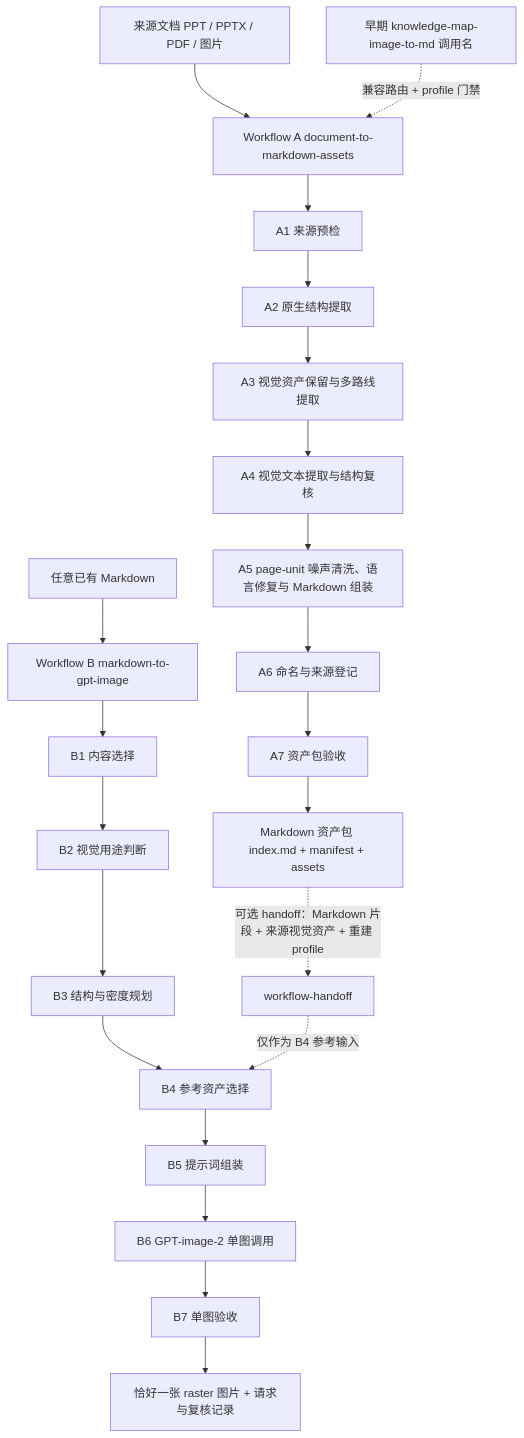
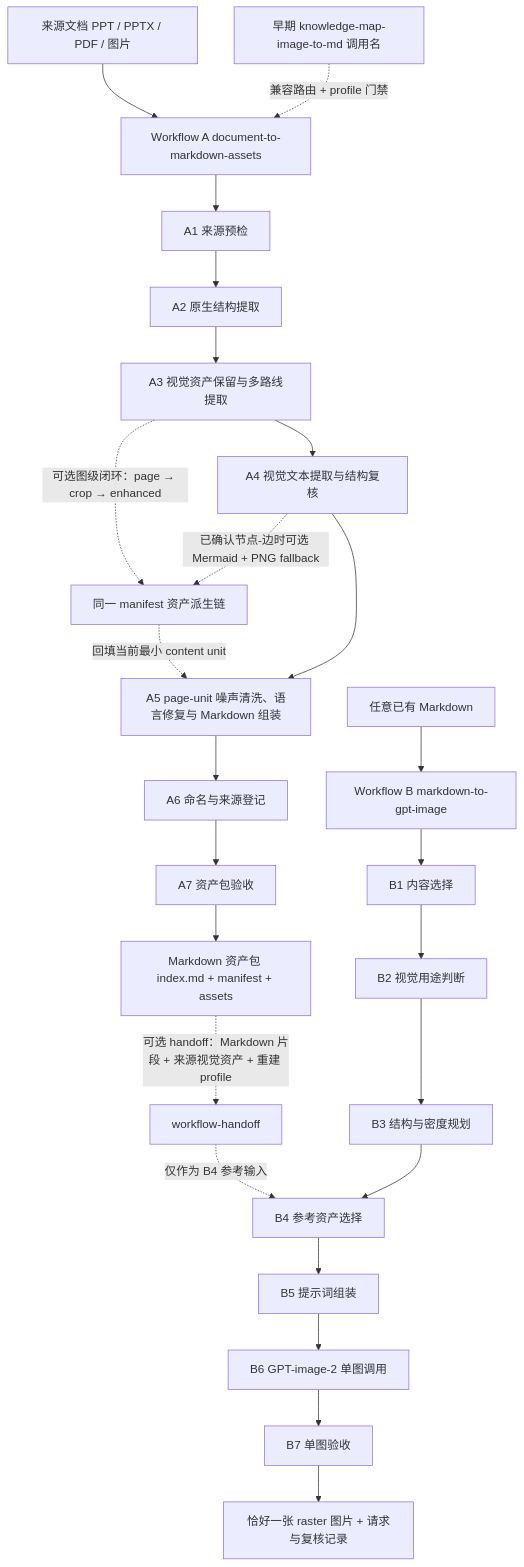
Before and after one commit to shopable-ai/document-to-markdown-workflow: the third of 4 diagrams in WORKFLOW-MAP.zh.md, drawn with Mermaid. The commit also changed other lines of this file and 110 other files, not shown here.

````diff
--- a/WORKFLOW-MAP.zh.md
+++ b/WORKFLOW-MAP.zh.md
@@ -137,26 +148,29 @@
 ```mermaid
 flowchart TD
     S["来源文档 PPT / PPTX / PDF / 图片"] --> A0["Workflow A document-to-markdown-assets"]
     K["早期 knowledge-map-image-to-md 调用名"] -. "兼容路由 + profile 门禁" .-> A0
     A0 --> A1["A1 来源预检"]
     A1 --> A2["A2 原生结构提取"]
     A2 --> A3["A3 视觉资产保留与多路线提取"]
+    A3 -. "可选图级闭环：page → crop → enhanced" .-> FL["同一 manifest 资产派生链"]
     A3 --> A4["A4 视觉文本提取与结构复核"]
+    A4 -. "已确认节点-边时可选 Mermaid + PNG fallback" .-> FL
     A4 --> A5["A5 page-unit 噪声清洗、语言修复与 Markdown 组装"]
+    FL -. "回填当前最小 content unit" .-> A5
     A5 --> A6["A6 命名与来源登记"]
     A6 --> A7["A7 资产包验收"]
     A7 --> P["Markdown 资产包 index.md + manifest + assets"]
 
     M["任意已有 Markdown"] --> B0["Workflow B markdown-to-gpt-image"]
     B0 --> B1["B1 内容选择"]
     B1 --> B2["B2 视觉用途判断"]
     B2 --> B3["B3 结构与密度规划"]
     B3 --> B4["B4 参考资产选择"]
     B4 --> B5["B5 提示词组装"]
     B5 --> B6["B6 GPT-image-2 单图调用"]
     B6 --> B7["B7 单图验收"]
     B7 --> I["恰好一张 raster 图片 + 请求与复核记录"]
 
     P -. "可选 handoff：Markdown 片段 + 来源视觉资产 + 重建 profile" .-> H["workflow-handoff"]
     H -. "仅作为 B4 参考输入" .-> B4
 ```
````
